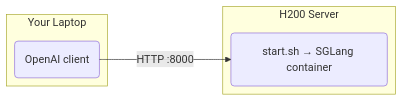
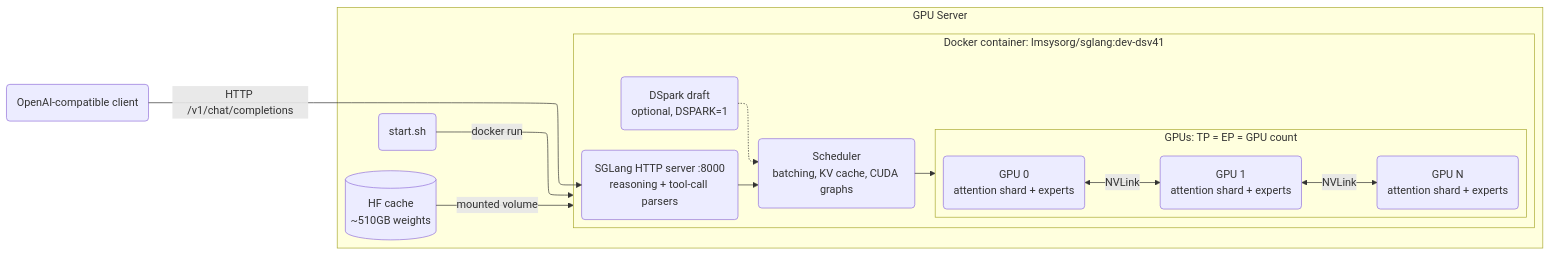
Before and after one commit to ckw1206/DeepSeek-V4.1-Flash-SGLang: the diagram in README.md, drawn with Mermaid. The commit also changed other lines of this file and 1 other file, not shown here.

First line of the commit message:
Auto-detect GPU memory for B200/B300 and other GPUs larger than H200 (#2)

````diff
--- a/README.md
+++ b/README.md
@@ -9,16 +9,33 @@
 ```mermaid
 ---
 config:
   layout: elk
 ---
 flowchart LR
-    subgraph Client ["Your Laptop"]
-        A(OpenAI client)
+    A(OpenAI-compatible client)
+
+    subgraph Server ["GPU Server"]
+        S(start.sh)
+        subgraph C ["Docker container: lmsysorg/sglang:dev-dsv41"]
+            API(SGLang HTTP server :8000<br/>reasoning + tool-call parsers)
+            SCH(Scheduler<br/>batching, KV cache, CUDA graphs)
+            subgraph G ["GPUs: TP = EP = GPU count"]
+                direction LR
+                G0(GPU 0<br/>attention shard + experts)
+                G1(GPU 1<br/>attention shard + experts)
+                GN(GPU N<br/>attention shard + experts)
+            end
+            SPEC(DSpark draft<br/>optional, DSPARK=1)
+        end
+        W[(HF cache<br/>~510GB weights)]
     end
 
-    subgraph Server ["H200 Server"]
-        B(start.sh → SGLang container)
-    end
-
-    A -- "HTTP :8000" --> B
+    A -- "HTTP /v1/chat/completions" --> API
+    S -- "docker run" --> C
+    API --> SCH
+    SCH --> G
+    SPEC -.-> SCH
+    W -- "mounted volume" --> C
+    G0 <-->|"NVLink"| G1
+    G1 <-->|"NVLink"| GN
 ```
````
